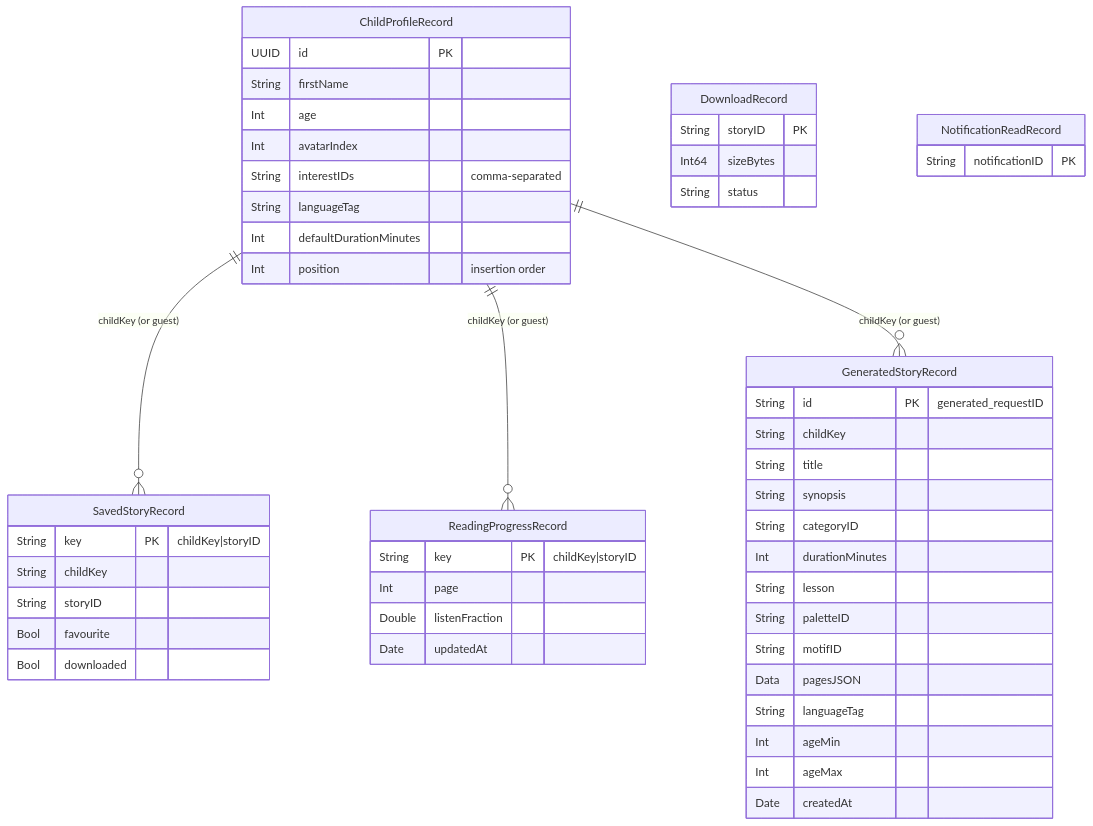
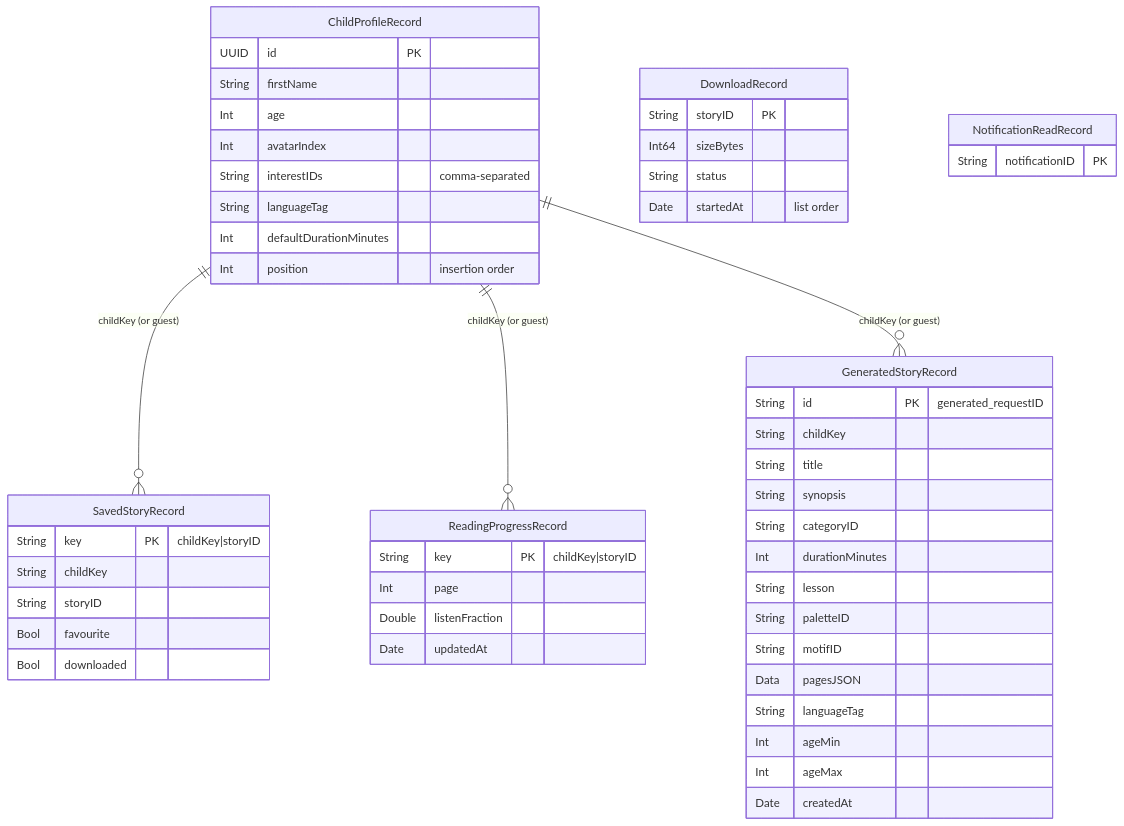
Before and after one commit to shivayogih/LittleStory-iOS: the fourth of 15 diagrams in docs/architecture/low-level-design.md, drawn with Mermaid. The commit also changed other lines of this file and 34 other files, not shown here.

````diff
--- a/docs/architecture/low-level-design.md
+++ b/docs/architecture/low-level-design.md
@@ -367,53 +367,54 @@
 ```mermaid
 erDiagram
     ChildProfileRecord {
         UUID id PK
         String firstName
         Int age
         Int avatarIndex
         String interestIDs "comma-separated"
         String languageTag
         Int defaultDurationMinutes
         Int position "insertion order"
     }
     SavedStoryRecord {
         String key PK "childKey|storyID"
         String childKey
         String storyID
         Bool favourite
         Bool downloaded
     }
     ReadingProgressRecord {
         String key PK "childKey|storyID"
         Int page
         Double listenFraction
         Date updatedAt
     }
     DownloadRecord {
         String storyID PK
         Int64 sizeBytes
         String status
+        Date startedAt "list order"
     }
     GeneratedStoryRecord {
         String id PK "generated_requestID"
         String childKey
         String title
         String synopsis
         String categoryID
         Int durationMinutes
         String lesson
         String paletteID
         String motifID
         Data pagesJSON
         String languageTag
         Int ageMin
         Int ageMax
         Date createdAt
     }
     NotificationReadRecord {
         String notificationID PK
     }
     ChildProfileRecord ||--o{ SavedStoryRecord : "childKey (or guest)"
     ChildProfileRecord ||--o{ ReadingProgressRecord : "childKey (or guest)"
     ChildProfileRecord ||--o{ GeneratedStoryRecord : "childKey (or guest)"
 ```
````
